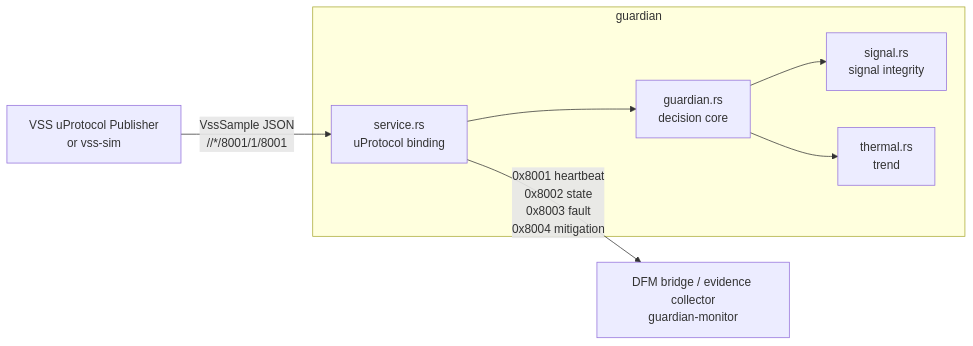
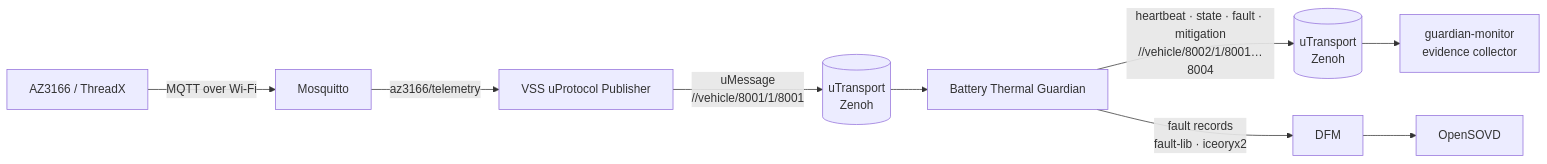
The first of 2 diagrams in Docs/battery-thermal-guardian.md (Eclipse-SDV-Hackathon-Chapter-Four/FEVengers_Hackathon_2026), drawn with Mermaid before and after one commit. The commit also changed other lines of this file and 24 other files, not shown here.

Commit message:
updates on guardian and vss-publisher

````diff
--- a/Docs/battery-thermal-guardian.md
+++ b/Docs/battery-thermal-guardian.md
@@ -27,10 +27,11 @@
 ```mermaid
 flowchart LR
-  VSSUP[VSS uProtocol Publisher<br/>or vss-sim] -->|VssSample JSON<br/>//*/8001/1/8001| SVC
-  subgraph G[guardian]
-    SVC[service.rs<br/>uProtocol binding] --> CORE[guardian.rs<br/>decision core]
-    CORE --> SIG[signal.rs<br/>signal integrity]
-    CORE --> TH[thermal.rs<br/>trend]
-  end
-  SVC -->|0x8001 heartbeat<br/>0x8002 state<br/>0x8003 fault<br/>0x8004 mitigation| OUT[DFM bridge / evidence collector<br/>guardian-monitor]
+  AZ[AZ3166 / ThreadX] -->|MQTT over Wi-Fi| MQ[Mosquitto]
+  MQ -->|az3166/telemetry| P[VSS uProtocol Publisher]
+  P -->|uMessage<br/>//vehicle/8001/1/8001| Z[(uTransport<br/>Zenoh)]
+  Z --> G[Battery Thermal Guardian]
+  G -->|heartbeat · state · fault · mitigation<br/>//vehicle/8002/1/8001…8004| Z2[(uTransport<br/>Zenoh)]
+  Z2 --> C[guardian-monitor<br/>evidence collector]
+  G -->|fault records<br/>fault-lib · iceoryx2| DFM[DFM]
+  DFM --> SOVD[OpenSOVD]
 ```
````
